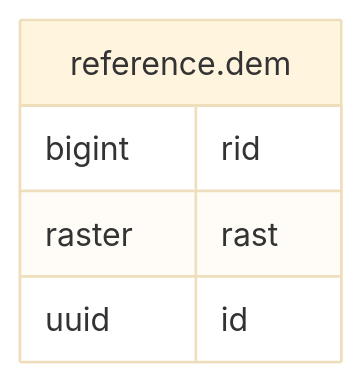
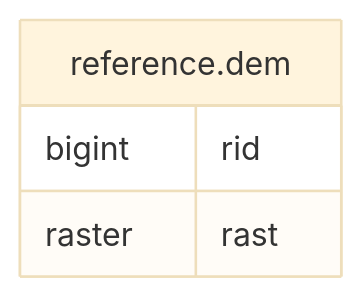
The diagram in components/db/docs/job_db/reference.dem.md (nlsfi/pinta), drawn with Mermaid (base theme) before and after one commit. The commit also changed other lines of this file and 3 other files, not shown here.

````diff
--- a/components/db/docs/job_db/reference.dem.md
+++ b/components/db/docs/job_db/reference.dem.md
@@ -26,10 +25,9 @@
 ```mermaid
 erDiagram
 
 
 "reference.dem" {
   bigint rid
   raster rast
-  uuid id
 }
 ```
````
